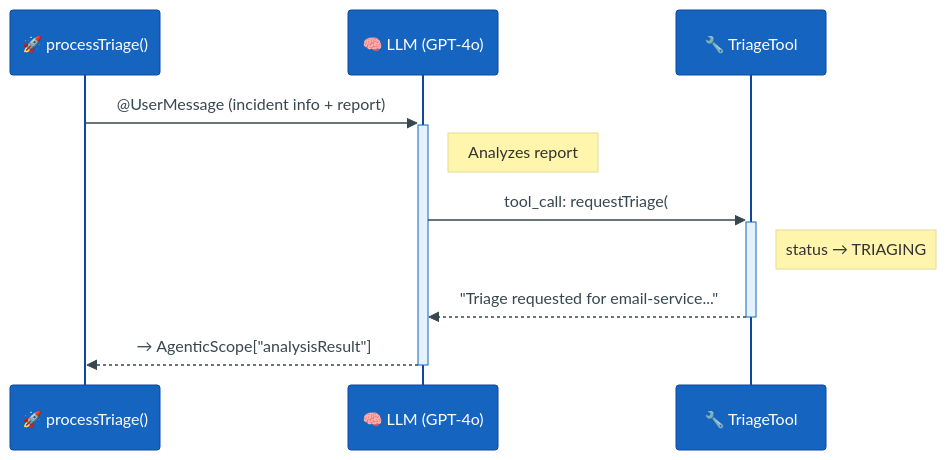
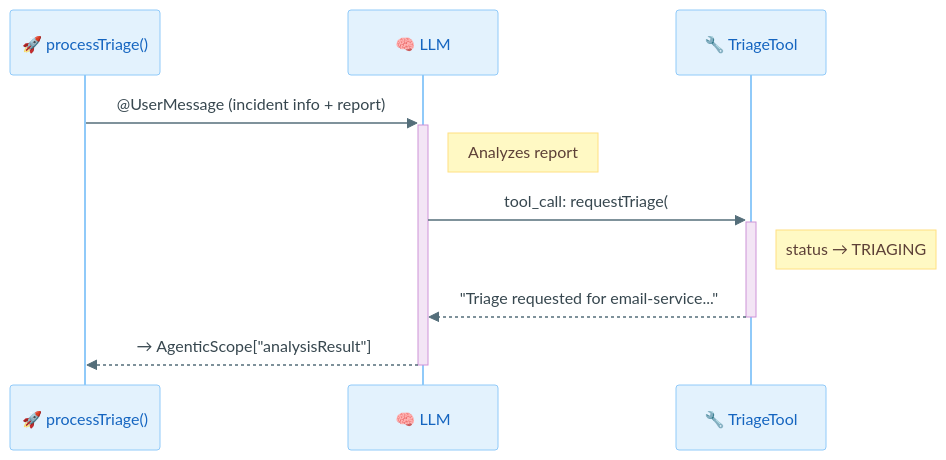
Before and after one commit to danieloh30/techxchange-2026-quarkus-bob-lab: the diagram in docs/01-first-agent/START_HERE.md, drawn with Mermaid. The commit also changed 7 other files, not shown here.

First line of the commit message:
style(docs): redesign all Mermaid charts with light pastel palette

````diff
--- a/docs/01-first-agent/START_HERE.md
+++ b/docs/01-first-agent/START_HERE.md
@@ -141,14 +141,14 @@
 ```mermaid
-%%{init: {'theme': 'base', 'themeVariables': {'actorBkg': '#1565c0', 'actorTextColor': '#fff', 'actorBorder': '#0d47a1', 'signalColor': '#37474f', 'signalTextColor': '#37474f', 'activationBkgColor': '#e3f2fd', 'activationBorderColor': '#1565c0'}}}%%
+%%{init: {'theme': 'base', 'themeVariables': {'actorBkg': '#e3f2fd', 'actorTextColor': '#1565c0', 'actorBorder': '#90caf9', 'actorLineColor': '#90caf9', 'signalColor': '#546e7a', 'signalTextColor': '#37474f', 'activationBkgColor': '#f3e5f5', 'activationBorderColor': '#ce93d8', 'noteBkgColor': '#fff9c4', 'noteTextColor': '#5d4037', 'noteBorderColor': '#ffe082', 'sequenceNumberColor': '#1565c0'}}}%%
 sequenceDiagram
     participant App as 🚀 processTriage()
-    participant LLM as 🧠 LLM (GPT-4o)
+    participant LLM as 🧠 LLM
     participant Tool as 🔧 TriageTool
 
     App->>+LLM: @UserMessage (incident info + report)
     Note right of LLM: Analyzes report
     LLM->>+Tool: tool_call: requestTriage(#5, ...)
     Note right of Tool: status → TRIAGING
     Tool-->>-LLM: "Triage requested for email-service..."
     LLM-->>-App: → AgenticScope["analysisResult"]
 ```
````
